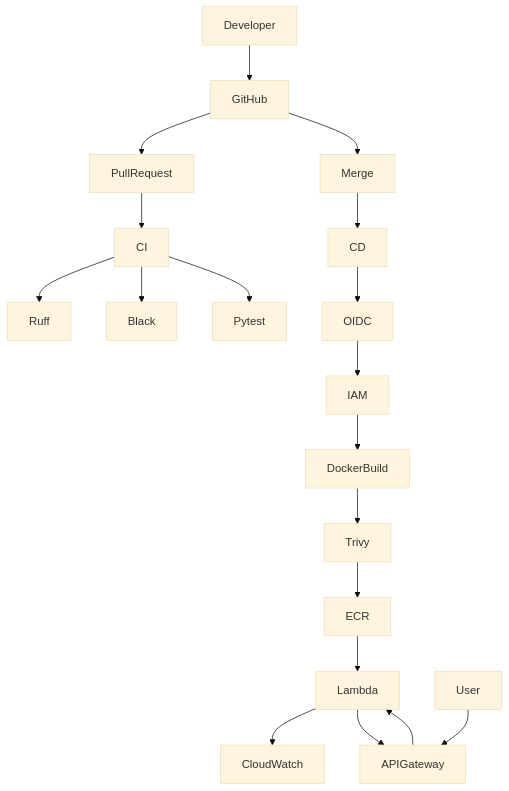
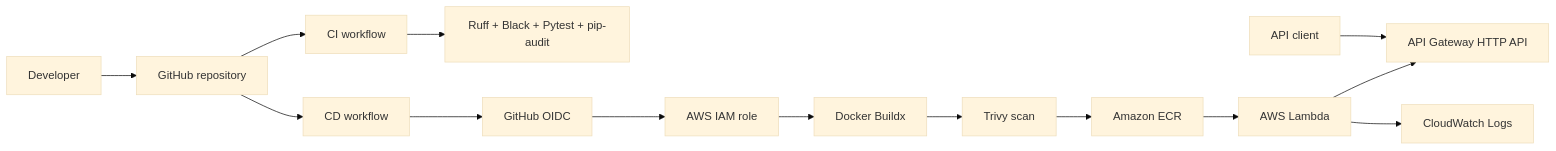
One commit to rajskirajski/fuel-consumption-calculator changed the first of 2 diagrams in README.md. Above: the diagram before and after it, drawn with Mermaid (base theme). The commit also changed other lines of this file, not shown here.

````diff
--- a/README.md
+++ b/README.md
@@ -60,39 +32,19 @@
 ```mermaid
-flowchart TD
+flowchart LR
+    Developer[Developer] --> GitHub[GitHub repository]
 
-Developer --> GitHub
+    GitHub --> CI[CI workflow]
+    CI --> Quality[Ruff + Black + Pytest + pip-audit]
 
-GitHub --> PullRequest
+    GitHub --> CD[CD workflow]
+    CD --> OIDC[GitHub OIDC]
+    OIDC --> IAM[AWS IAM role]
+    IAM --> Build[Docker Buildx]
+    Build --> Trivy[Trivy scan]
+    Trivy --> ECR[Amazon ECR]
+    ECR --> Lambda[AWS Lambda]
+    Lambda --> APIGW[API Gateway HTTP API]
+    Lambda --> Logs[CloudWatch Logs]
 
-PullRequest --> CI
-
-CI --> Ruff
-
-CI --> Black
-
-CI --> Pytest
-
-GitHub --> Merge
-
-Merge --> CD
-
-CD --> OIDC
-
-OIDC --> IAM
-
-IAM --> DockerBuild
-
-DockerBuild --> Trivy
-
-Trivy --> ECR
-
-ECR --> Lambda
-
-Lambda --> CloudWatch
-
-Lambda --> APIGateway
-
-User --> APIGateway
-
-APIGateway --> Lambda
+    Client[API client] --> APIGW
 ```
````
